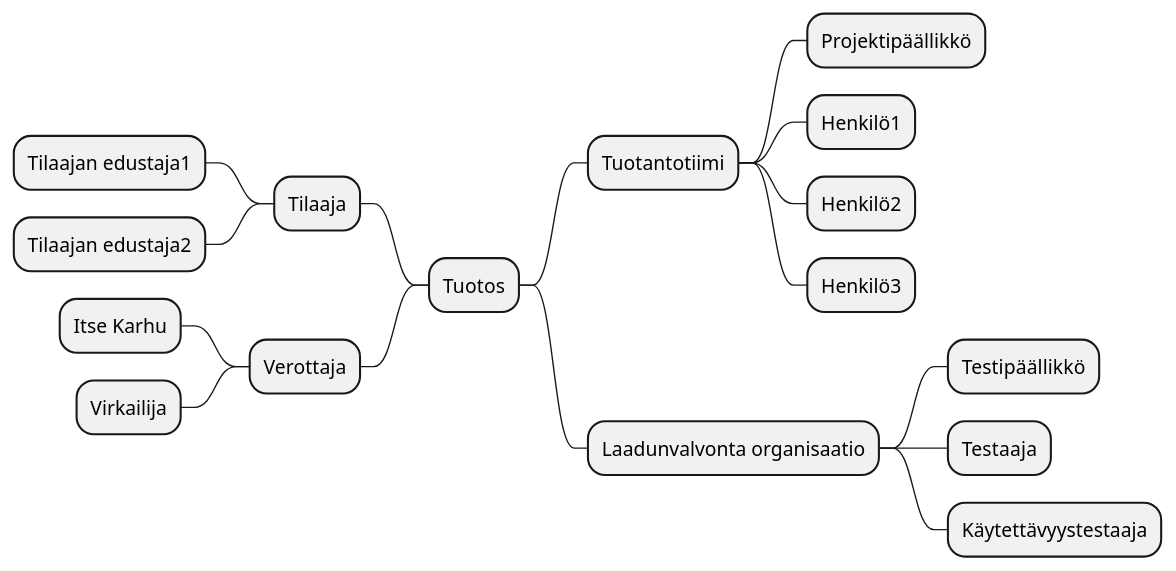
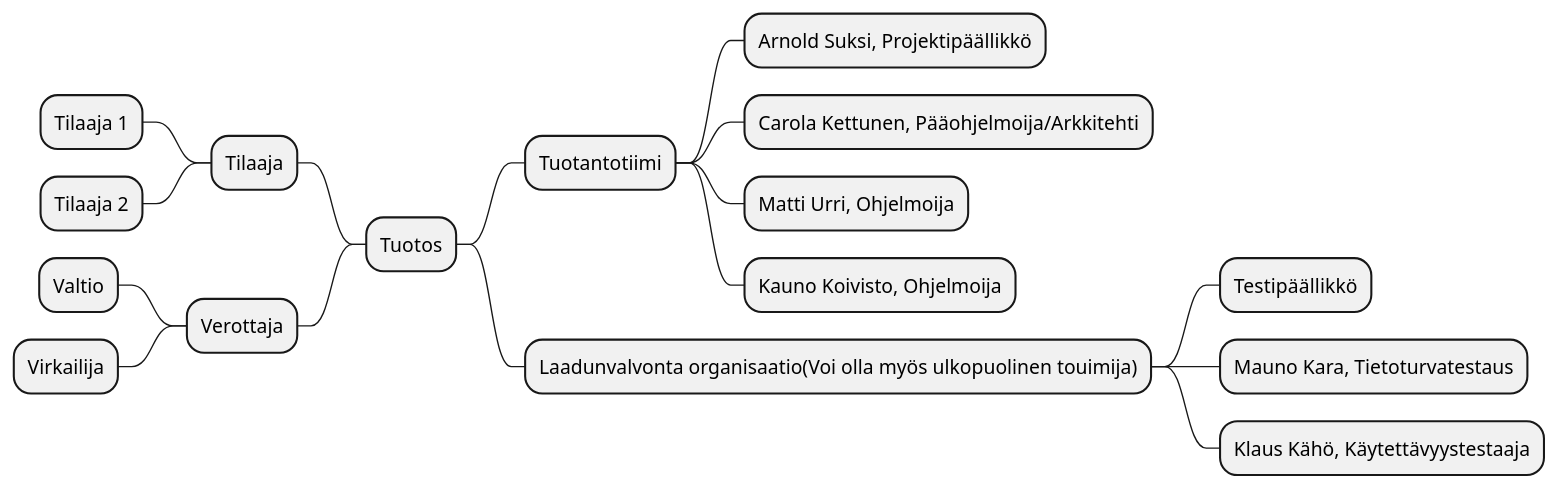
The first of 2 diagrams in dokumentit/10-Projektihallinta/tiivistetty-projektisuunnitelma.md (M11k4/DynamiittiOrava), drawn with PlantUML before and after one commit. The commit also changed other lines of this file, not shown here.

Commit message:
Update tiivistetty-projektisuunnitelma.md Lisätty tiimin esittely sivulle linkki, muokattu plantuml mind mappia ajantasaisempaan suuntaan. Hiukan jää vielä aukkoja, mutta muokkauksia lisää, kun edetään ymmärryksessä! PS. Pöllö poistettu!

````diff
--- a/dokumentit/10-Projektihallinta/tiivistetty-projektisuunnitelma.md
+++ b/dokumentit/10-Projektihallinta/tiivistetty-projektisuunnitelma.md
@@ -86,20 +85,20 @@
 ```plantuml
 @startmindmap
 + Tuotos
 ++ Tuotantotiimi
-+++ Projektipäällikkö
-+++ Henkilö1
-+++ Henkilö2
-+++ Henkilö3
++++ Arnold Suksi, Projektipäällikkö
++++ Carola Kettunen, Pääohjelmoija/Arkkitehti
++++ Matti Urri, Ohjelmoija
++++ Kauno Koivisto, Ohjelmoija
 -- Tilaaja
---- Tilaajan edustaja1
---- Tilaajan edustaja2
-++ Laadunvalvonta organisaatio
+--- Tilaaja 1
+--- Tilaaja 2
+++ Laadunvalvonta organisaatio(Voi olla myös ulkopuolinen touimija)
 +++ Testipäällikkö
-+++ Testaaja
-+++ Käytettävyystestaaja
++++ Mauno Kara, Tietoturvatestaus
++++ Klaus Kähö, Käytettävyystestaaja
 -- Verottaja
---- Itse Karhu
+--- Valtio
 --- Virkailija
 @endmindmap
 ```
````
